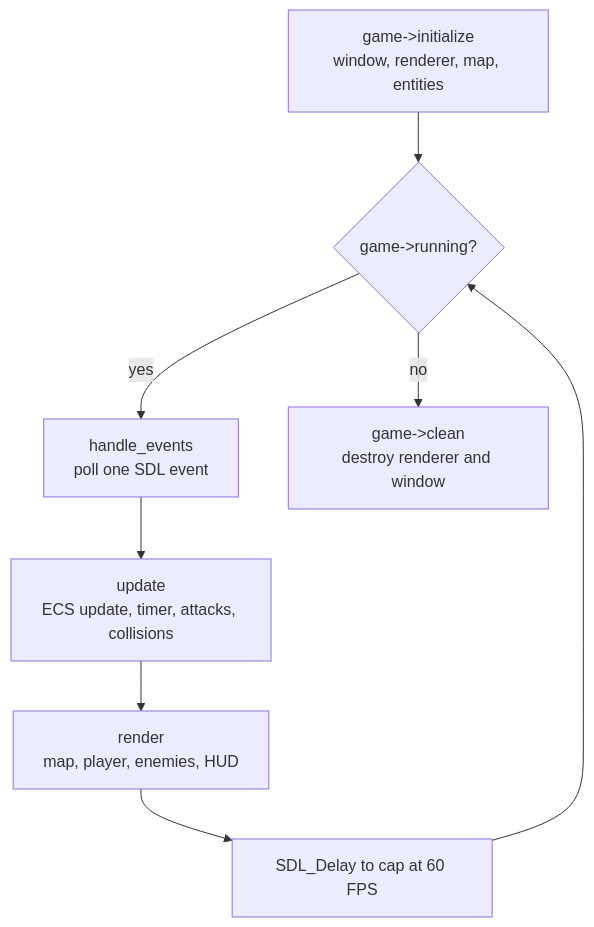
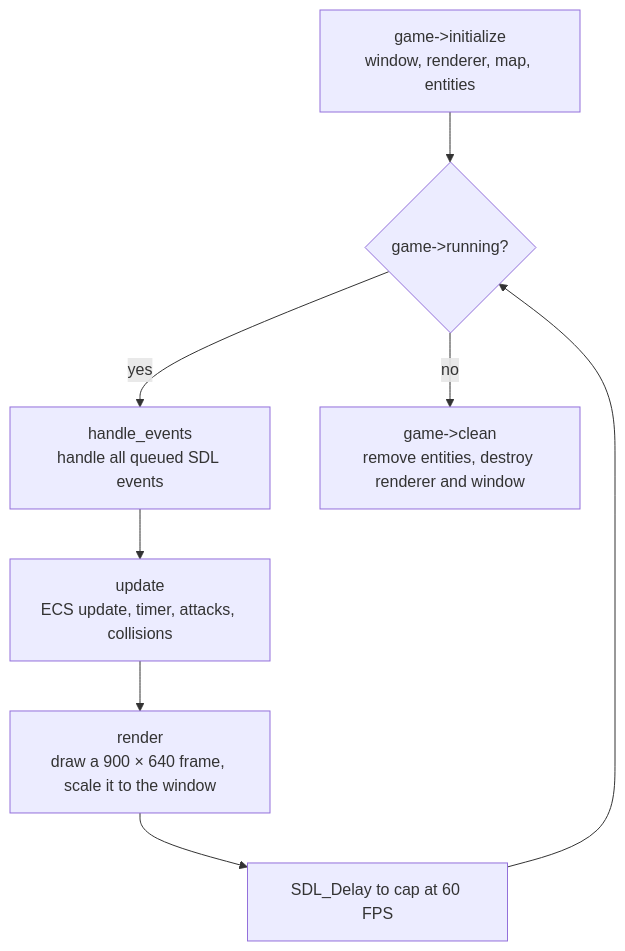
One commit to ShimizuAzusa1o1s/pd2023-final-project changed the first of 2 diagrams in README.md. Above: the diagram before and after it, drawn with Mermaid. The commit also changed other lines of this file and 13 other files, not shown here.

````diff
--- a/README.md
+++ b/README.md
@@ -76,10 +89,10 @@
 ```mermaid
 flowchart TD
     A[game->initialize<br/>window, renderer, map, entities] --> B{game->running?}
-    B -- yes --> C[handle_events<br/>poll one SDL event]
+    B -- yes --> C[handle_events<br/>handle all queued SDL events]
     C --> D[update<br/>ECS update, timer, attacks, collisions]
-    D --> E[render<br/>map, player, enemies, HUD]
+    D --> E[render<br/>draw a 900 × 640 frame, scale it to the window]
     E --> F[SDL_Delay to cap at 60 FPS]
     F --> B
-    B -- no --> G[game->clean<br/>destroy renderer and window]
+    B -- no --> G[game->clean<br/>remove entities, destroy renderer and window]
 ```
````
